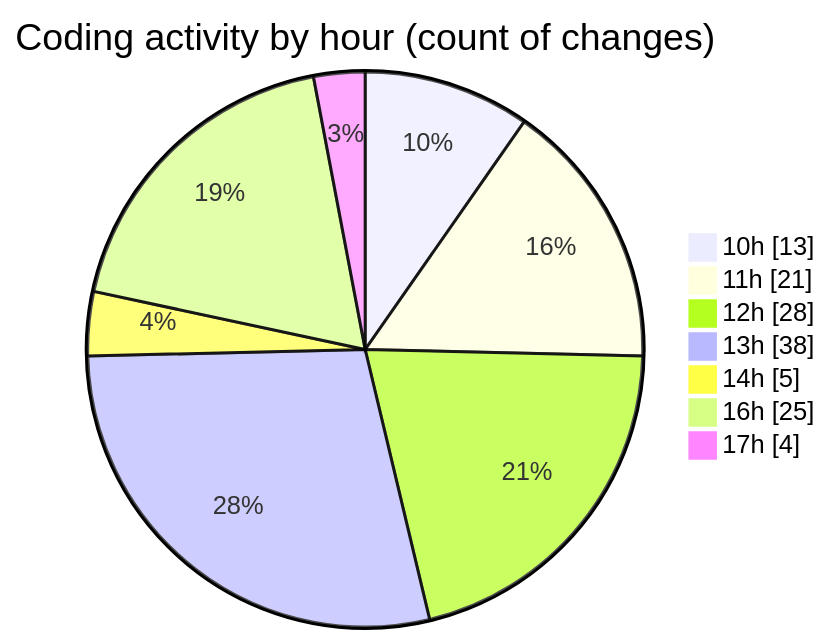
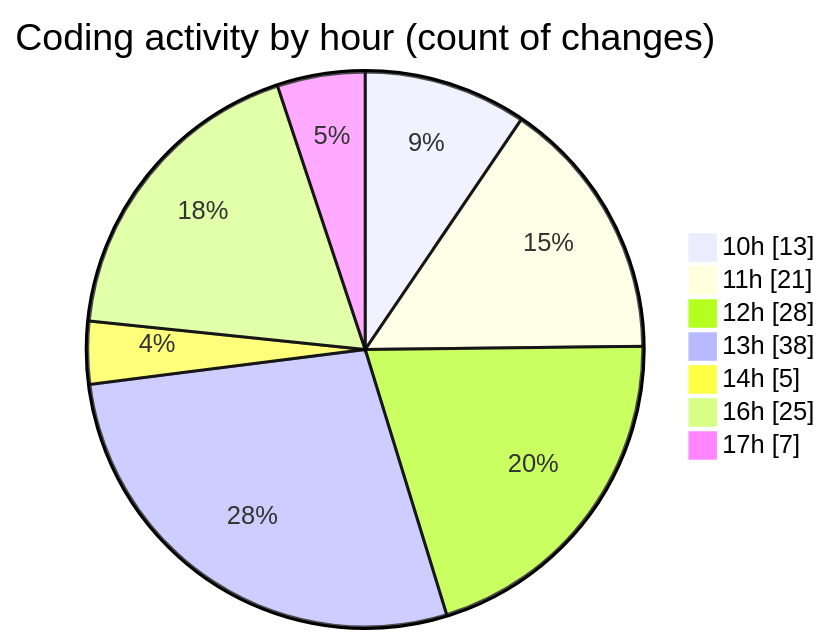
One commit to momahboobian/code-tracking changed the second of 2 diagrams in 2025-06-19/cda/README.md. Above: the diagram before and after it, drawn with Mermaid. The commit also changed other lines of this file and 1 other file, not shown here.

````diff
--- a/2025-06-19/cda/README.md
+++ b/2025-06-19/cda/README.md
@@ -47,11 +47,11 @@
 ```mermaid
 pie showData
 title Coding activity by hour (count of changes)
 "10h" : 13
 "11h" : 21
 "12h" : 28
 "13h" : 38
 "14h" : 5
 "16h" : 25
-"17h" : 4
+"17h" : 7
 ```
````
